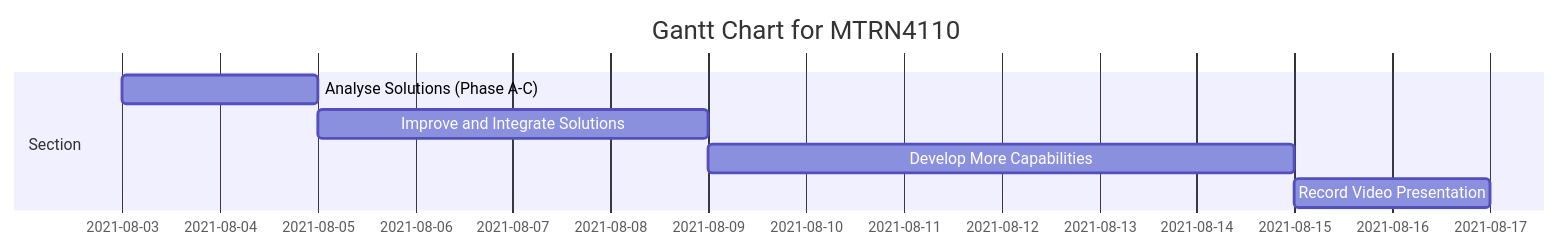
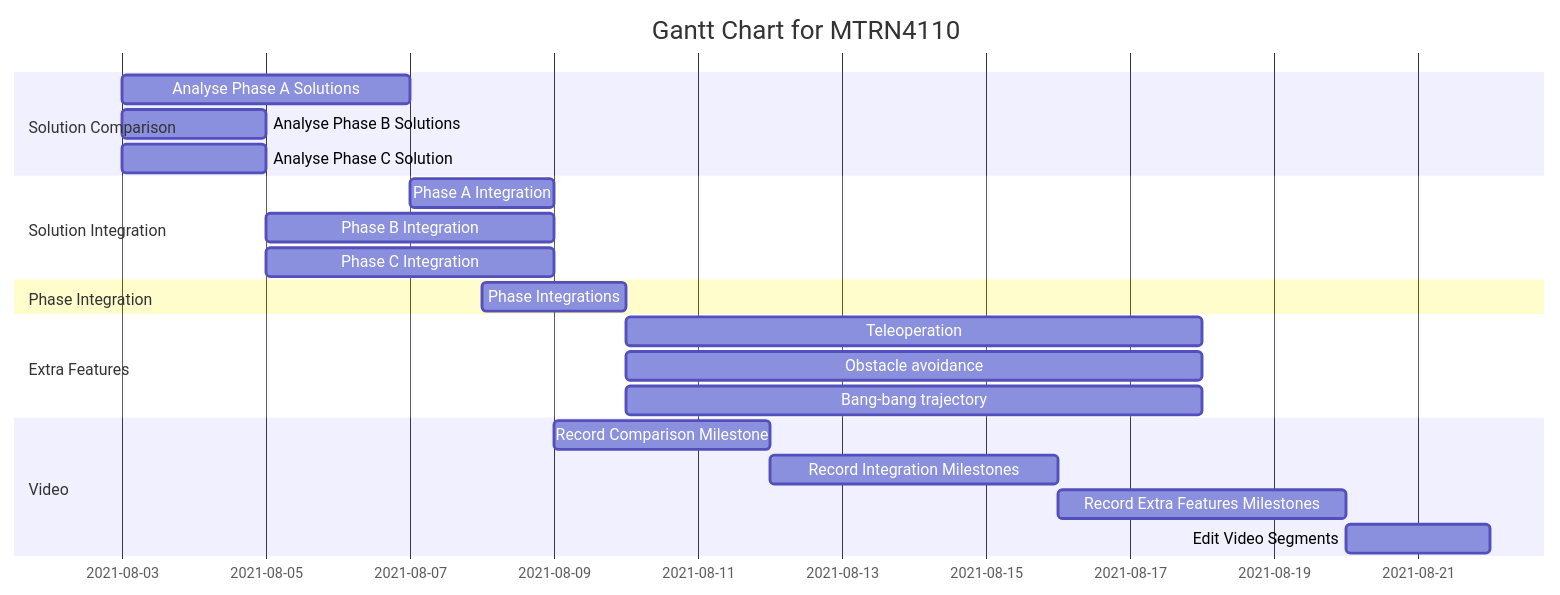
Before and after one commit to dennuguyen/mtrn4110-proj: the diagram in README.md, drawn with Mermaid.

Commit message:
Add more realistic detail to Gantt chart

````diff
--- a/README.md
+++ b/README.md
@@ -5,10 +5,28 @@
 ```mermaid
 gantt
     title Gantt Chart for MTRN4110
     dateFormat  DD-MM-YYYY
-    section Section
-    Analyse Solutions (Phase A-C)       :a1, 03-08-2021, 2d
-    Improve and Integrate Solutions     :a2, after a1  , 4d
-    Develop More Capabilities           :a3, after a2  , 6d
-    Record Video Presentation           :a4, after a3  , 2d
+    section Solution Comparison
+    Analyse Phase A Solutions       :03-08-2021, 07-08-2021
+    Analyse Phase B Solutions       :03-08-2021, 05-08-2021
+    Analyse Phase C Solution        :03-08-2021, 05-08-2021
+
+    section Solution Integration
+    Phase A Integration             :07-08-2021, 2d
+    Phase B Integration             :05-08-2021, 4d
+    Phase C Integration             :05-08-2021, 4d
+
+    section Phase Integration
+    Phase Integrations              :08-08-2021, 2d
+
+    section Extra Features
+    Teleoperation              :10-08-2021, 8d
+    Obstacle avoidance         :10-08-2021, 8d
+    Bang-bang trajectory       :10-08-2021, 8d
+
+    section Video
+    Record Comparison Milestone           :09-08-2021, 3d
+    Record Integration Milestones         :12-08-2021, 4d
+    Record Extra Features Milestones      :16-08-2021, 4d
+    Edit Video Segments                   :20-08-2021, 2d
 ```
````
